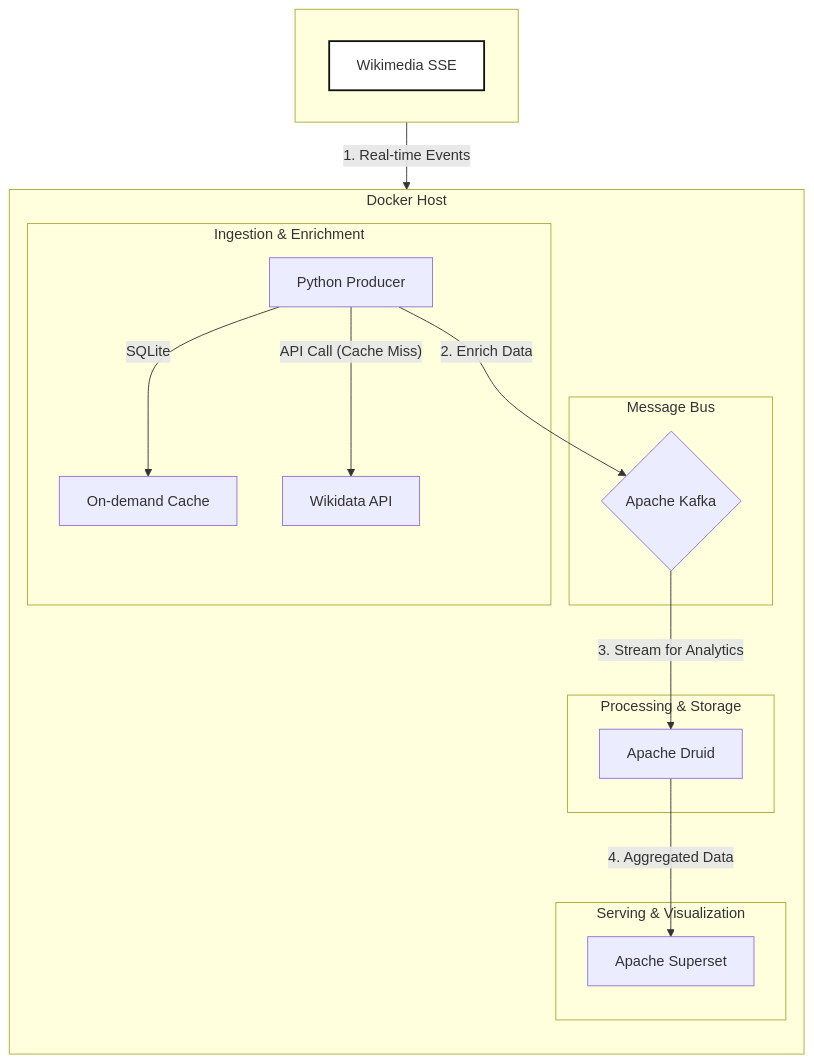
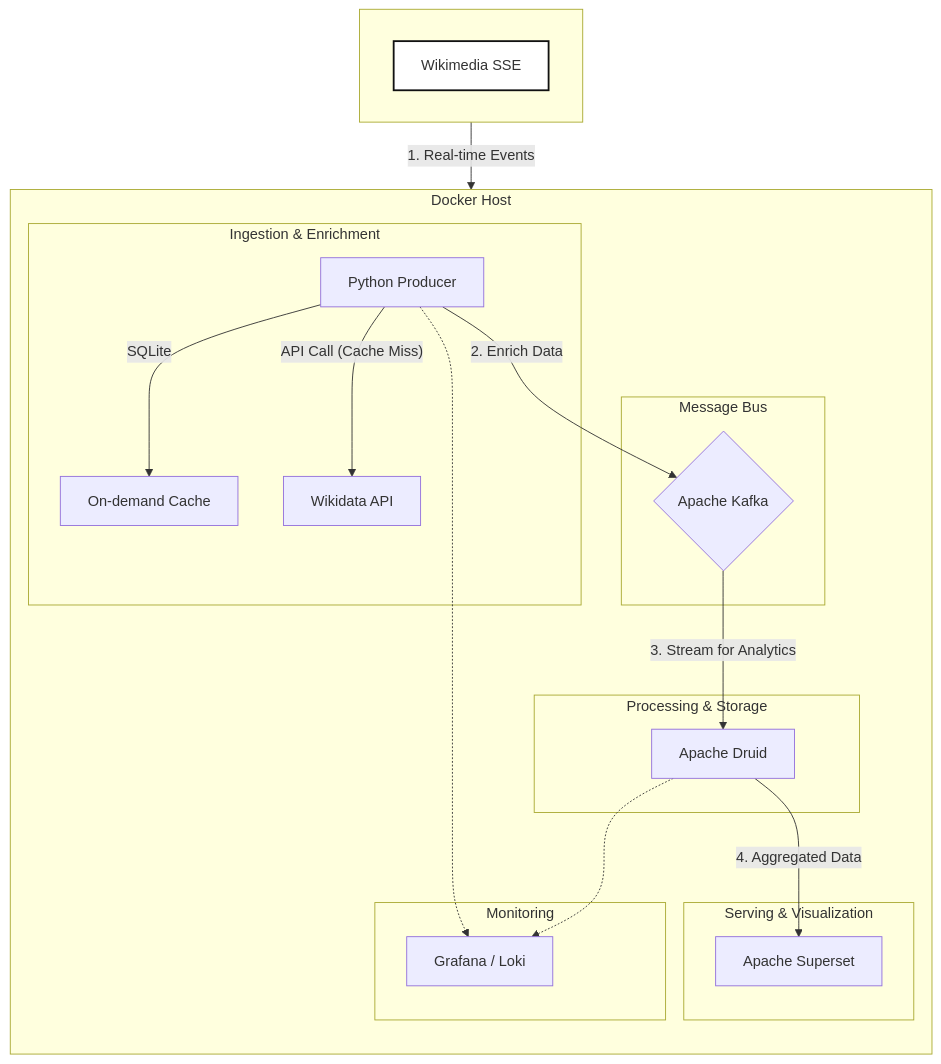
Before and after one commit to binnini/wikiStreams: the diagram in README.md, drawn with Mermaid. The commit also changed other lines of this file, not shown here.

````diff
--- a/README.md
+++ b/README.md
@@ -13,37 +13,43 @@
 ```mermaid
 graph TD
     subgraph " "
         direction LR
         A[<fa:fa-globe> Wikimedia SSE]
     end
 
     subgraph "Docker Host"
         direction TB
         
         subgraph "Ingestion & Enrichment"
             B[<fa:fa-brands fa-python> Python Producer] -- "SQLite" --> C[<fa:fa-database> On-demand Cache]
             B -- "API Call (Cache Miss)" --> D[<fa:fa-server> Wikidata API]
         end
 
         subgraph "Message Bus"
             E{<fa:fa-layer-group> Apache Kafka}
         end
 
         subgraph "Processing & Storage"
             F[<fa:fa-bolt> Apache Druid]
         end
 
         subgraph "Serving & Visualization"
             G[<fa:fa-chart-simple> Apache Superset]
         end
+        
+        subgraph "Monitoring"
+            H[<fa:fa-eye> Grafana / Loki]
+        end
     end
 
     %% Data Flow
     A -- "1. Real-time Events" --> B
     B -- "2. Enrich Data" --> E
     E -- "3. Stream for Analytics" --> F
     F -- "4. Aggregated Data" --> G
+    B -.-> H
+    F -.-> H
 
     %% Styling
     style A fill:#fff,stroke:#111,stroke-width:2px
 ```
````
